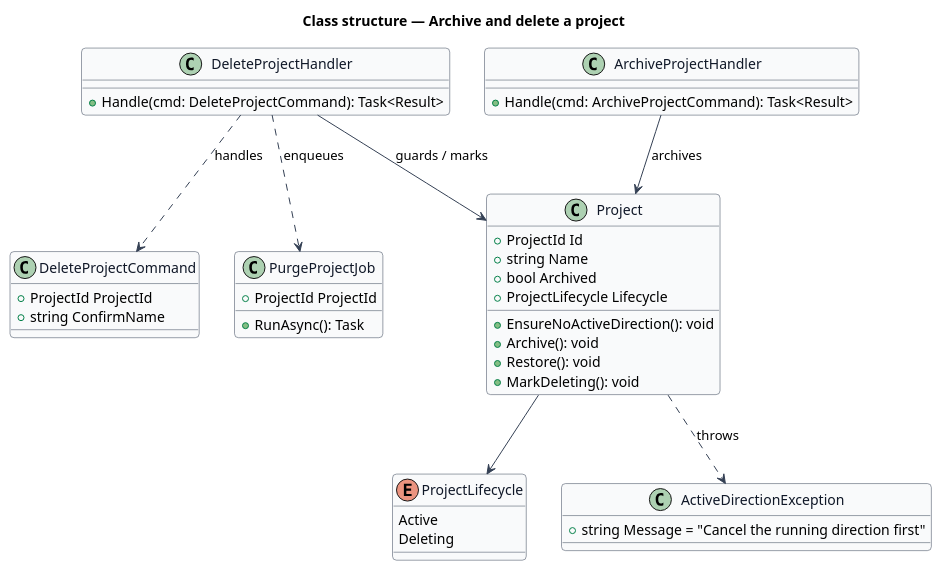
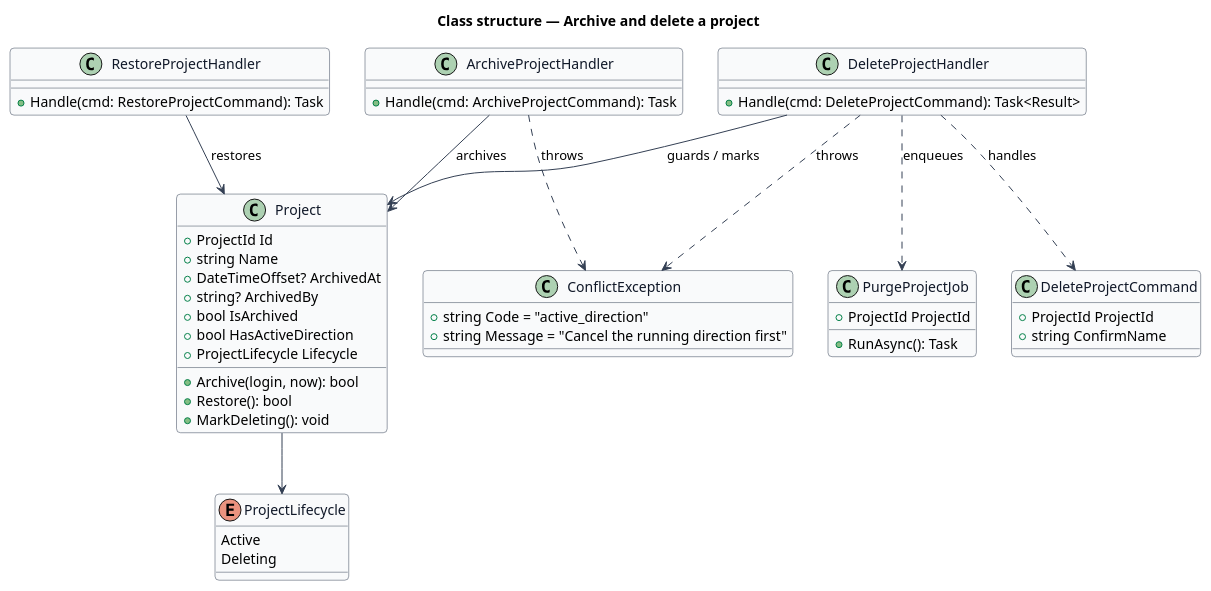
The diagram in docs/detailed-designs/projects/archive-and-delete-project/diagrams/class-structure.puml (QuinntyneBrown/hewn), drawn with PlantUML before and after one commit. The commit also changed 57 other files, not shown here.

First line of the commit message:
Archive and restore a project (journey 30, L2-003) (#38)

```diff
--- a/docs/detailed-designs/projects/archive-and-delete-project/diagrams/class-structure.puml
+++ b/docs/detailed-designs/projects/archive-and-delete-project/diagrams/class-structure.puml
@@ -1,51 +1,59 @@
 @startuml
 skinparam backgroundColor #FFFFFF
 skinparam shadowing false
 skinparam roundcorner 8
 skinparam defaultFontName Arial
 skinparam ArrowColor #344054
 skinparam class {
   BorderColor #344054
   FontColor #101828
   BackgroundColor #F9FAFB
 }
 title Class structure — Archive and delete a project
 
 class Project {
   +ProjectId Id
   +string Name
-  +bool Archived
+  +DateTimeOffset? ArchivedAt
+  +string? ArchivedBy
+  +bool IsArchived
+  +bool HasActiveDirection
   +ProjectLifecycle Lifecycle
-  +EnsureNoActiveDirection(): void
-  +Archive(): void
-  +Restore(): void
+  +Archive(login, now): bool
+  +Restore(): bool
   +MarkDeleting(): void
 }
 enum ProjectLifecycle {
   Active
   Deleting
 }
-class ActiveDirectionException {
+class ConflictException {
+  +string Code = "active_direction"
   +string Message = "Cancel the running direction first"
 }
 class DeleteProjectCommand {
   +ProjectId ProjectId
   +string ConfirmName
 }
 class DeleteProjectHandler {
   +Handle(cmd: DeleteProjectCommand): Task<Result>
 }
 class ArchiveProjectHandler {
-  +Handle(cmd: ArchiveProjectCommand): Task<Result>
+  +Handle(cmd: ArchiveProjectCommand): Task
+}
+class RestoreProjectHandler {
+  +Handle(cmd: RestoreProjectCommand): Task
 }
 class PurgeProjectJob {
   +ProjectId ProjectId
   +RunAsync(): Task
 }
 DeleteProjectHandler ..> DeleteProjectCommand : handles
 DeleteProjectHandler --> Project : guards / marks
 DeleteProjectHandler ..> PurgeProjectJob : enqueues
 ArchiveProjectHandler --> Project : archives
-Project ..> ActiveDirectionException : throws
+RestoreProjectHandler --> Project : restores
+ArchiveProjectHandler ..> ConflictException : throws
+DeleteProjectHandler ..> ConflictException : throws
 Project --> ProjectLifecycle
 @enduml
```
